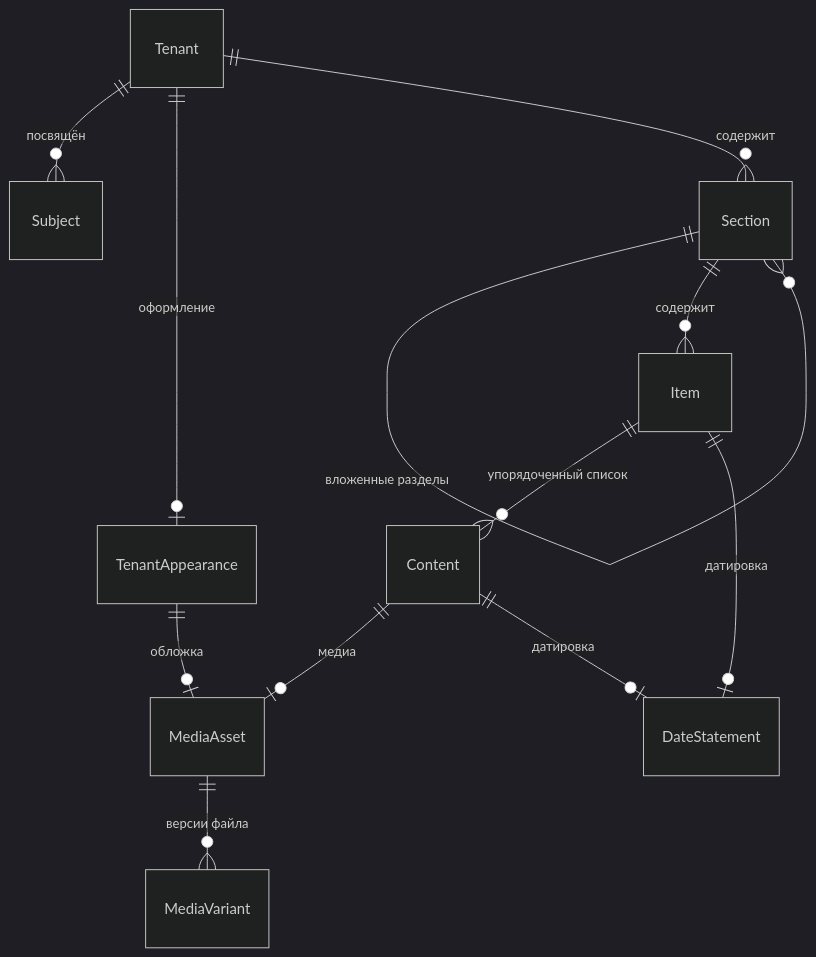
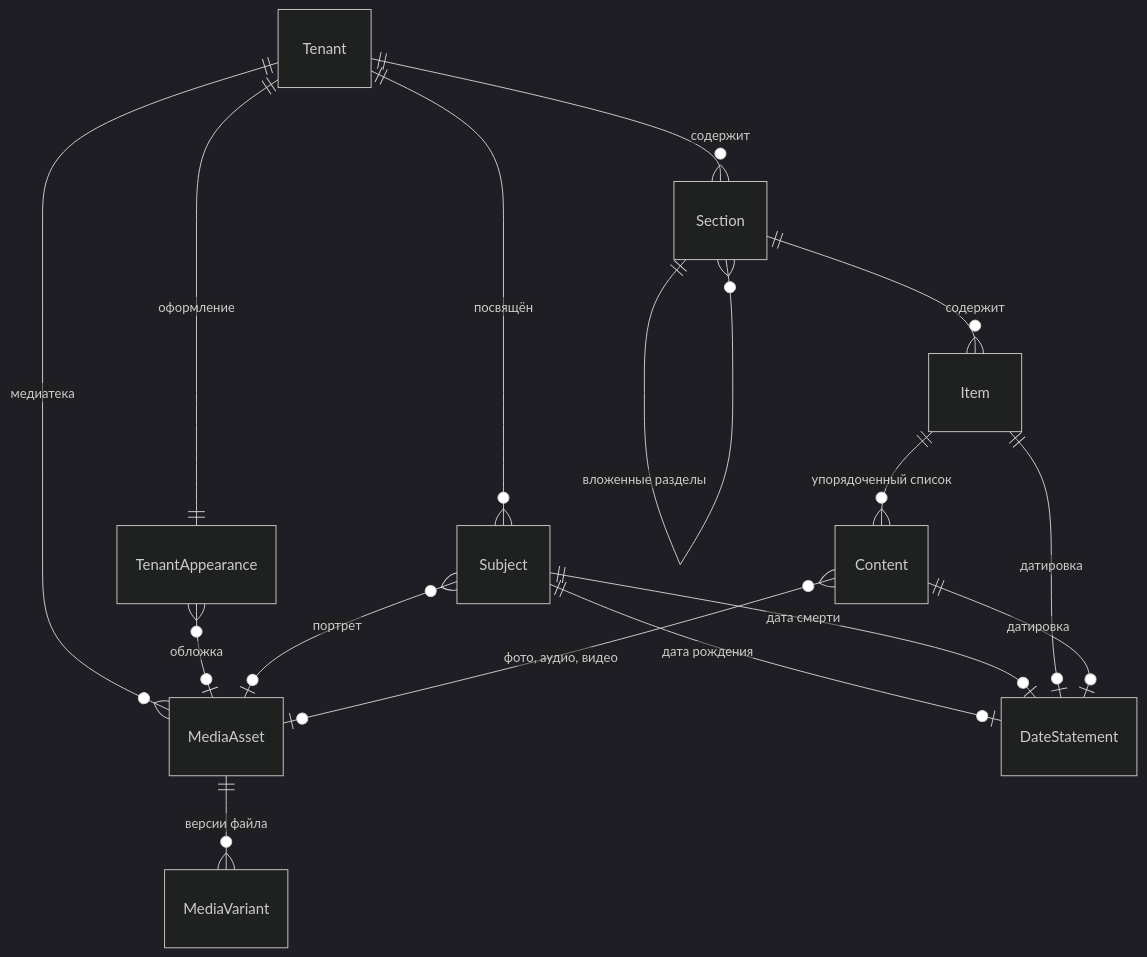
The diagram in domain_model/Content.md (KiraKhvan/memory_docs), drawn with Mermaid (dark theme) before and after one commit. The commit also changed other lines of this file and 1 other file, not shown here.

Commit message:
Domain model: fix inconsistencies, service fields on every entity, diagrams match the tables

````diff
--- a/domain_model/Content.md
+++ b/domain_model/Content.md
@@ -16,16 +16,21 @@
 ```mermaid
 erDiagram
+    Tenant ||--|| TenantAppearance : "оформление"
     Tenant ||--o{ Subject : "посвящён"
-    Tenant ||--o| TenantAppearance : "оформление"
-    TenantAppearance ||--o| MediaAsset : "обложка"
     Tenant ||--o{ Section : "содержит"
+    Tenant ||--o{ MediaAsset : "медиатека"
+
+    TenantAppearance }o--o| MediaAsset : "обложка"
+    Subject }o--o| MediaAsset : "портрет"
+    Subject ||--o| DateStatement : "дата рождения"
+    Subject ||--o| DateStatement : "дата смерти"
 
     Section ||--o{ Section : "вложенные разделы"
     Section ||--o{ Item : "содержит"
     Item ||--o{ Content : "упорядоченный список"
-    Content ||--o| MediaAsset : "медиа"
     Item ||--o| DateStatement : "датировка"
     Content ||--o| DateStatement : "датировка"
+    Content }o--o| MediaAsset : "фото, аудио, видео"
 
     MediaAsset ||--o{ MediaVariant : "версии файла"
 ```
````
